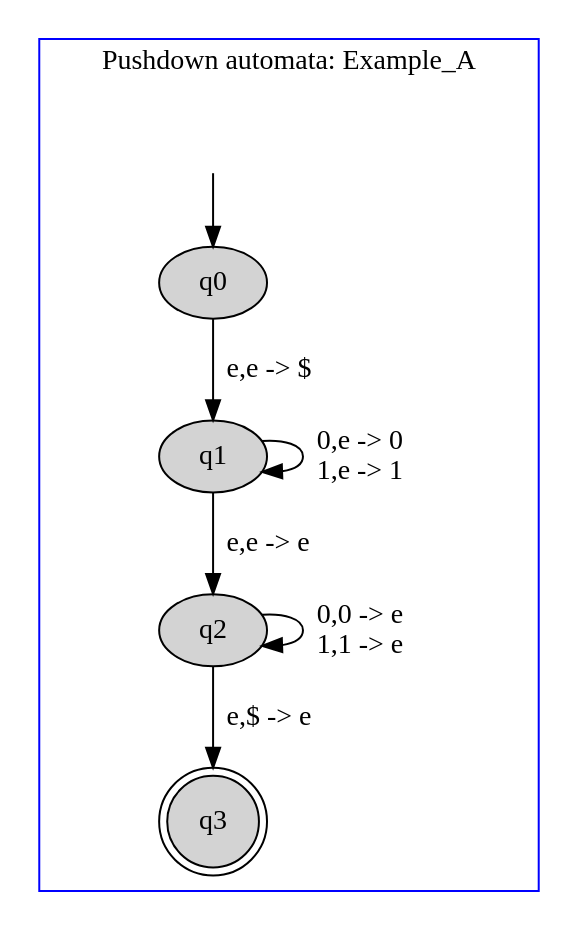
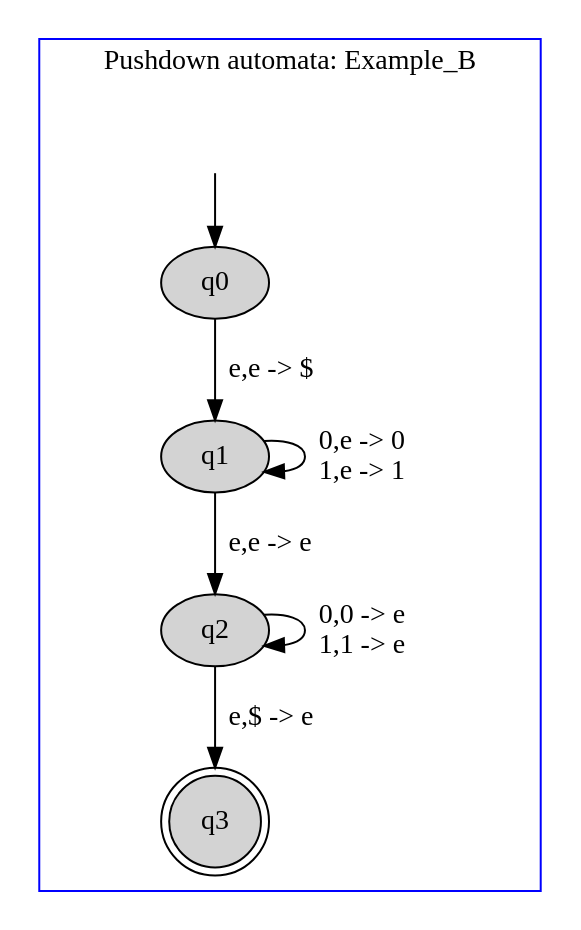
One commit to danielScLima/pushdown_automata changed the diagram in PA/images/file.dot. Above: the diagram before and after it, drawn with Graphviz. The commit also changed 17 other files, not shown here.

```diff
--- a/PA/images/file.dot
+++ b/PA/images/file.dot
@@ -1,20 +1,20 @@
 digraph G {
 	subgraph cluster_1 {
 		node [style=filled];
-		label = "Pushdown automata: Example_A"
+		label = "Pushdown automata: Example_B"
 		color=blue;
 
 		q0;
 		q1;
 		q2;
 		q3 [shape="doublecircle"];
 		q0->q1[label="e,e -> $"];
 		q1->q1[label="0,e -> 0
 1,e -> 1"];
 		q1->q2[label="e,e -> e"];
 		q2->q2[label="0,0 -> e
 1,1 -> e"];
 		q2->q3[label="e,$ -> e"];
 x [color=white, label=""];		x->q0	}
 
 }
```
